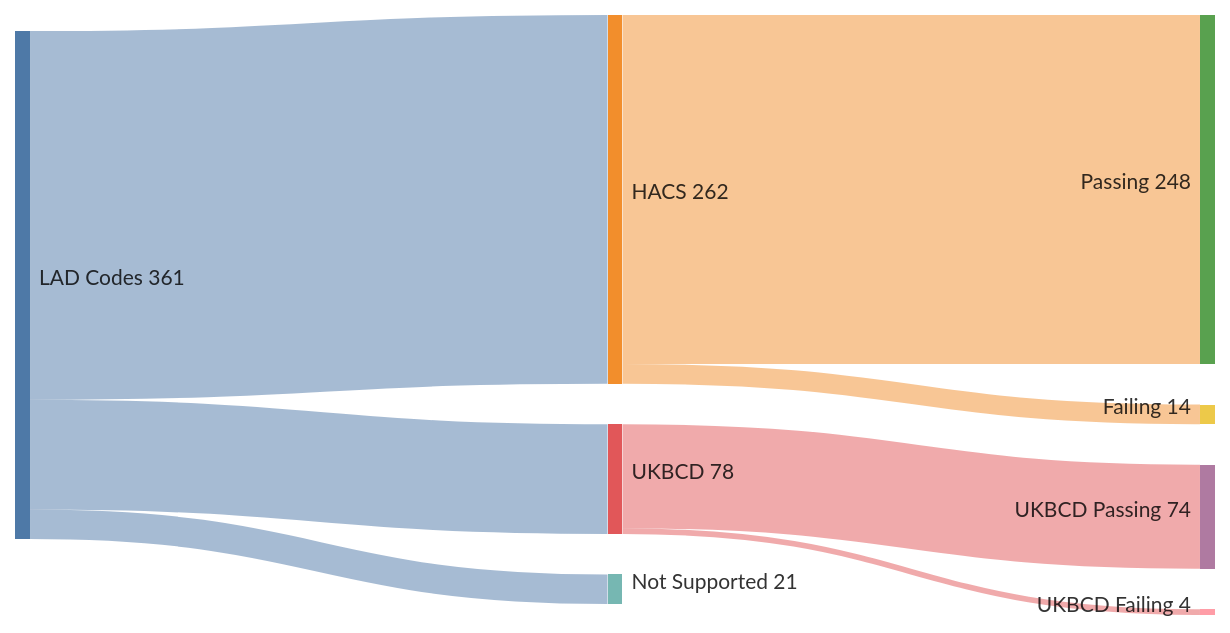
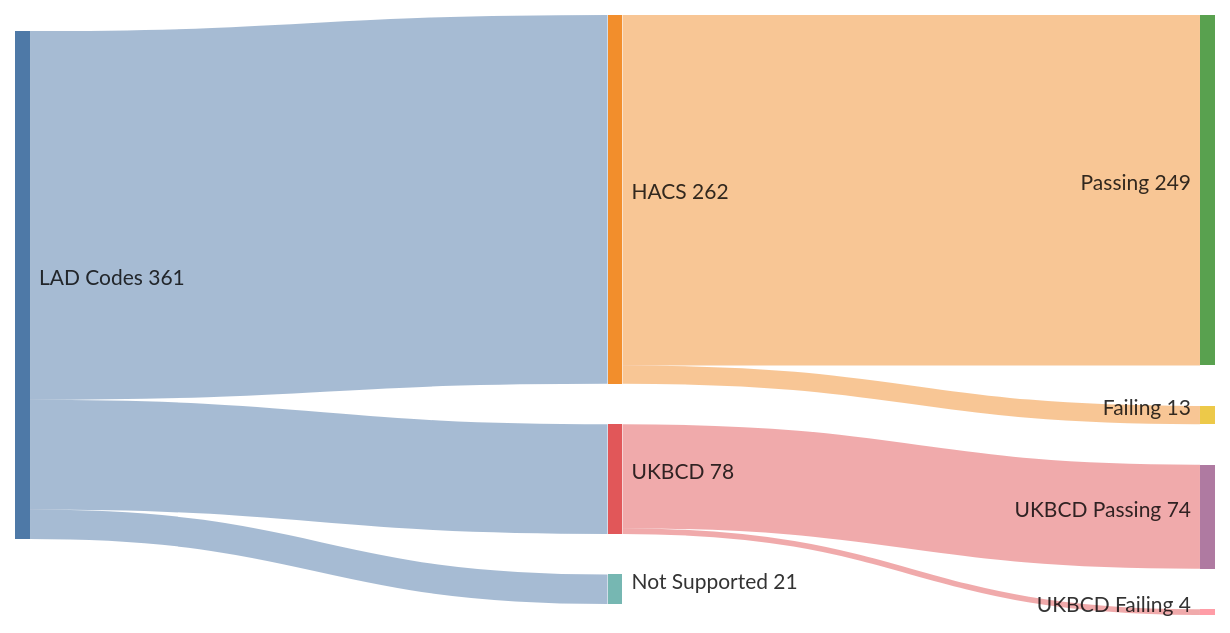
The diagram in README.md (cmbsteinberg/bins), drawn with Mermaid before and after one commit. The commit also changed 5 other files, not shown here.

````diff
--- a/README.md
+++ b/README.md
@@ -11,21 +11,21 @@
 ```mermaid
 ---
 config:
   sankey:
     width: 800
     height: 400
     linkColor: source
     nodeAlignment: left
 ---
 sankey-beta
 
 "LAD Codes","HACS",262
 "LAD Codes","UKBCD",78
 "LAD Codes","Not Supported",21
 
-"HACS","Passing",248
-"HACS","Failing",14
+"HACS","Passing",249
+"HACS","Failing",13
 
 "UKBCD","UKBCD Passing",74
 "UKBCD","UKBCD Failing",4
 ```
````
